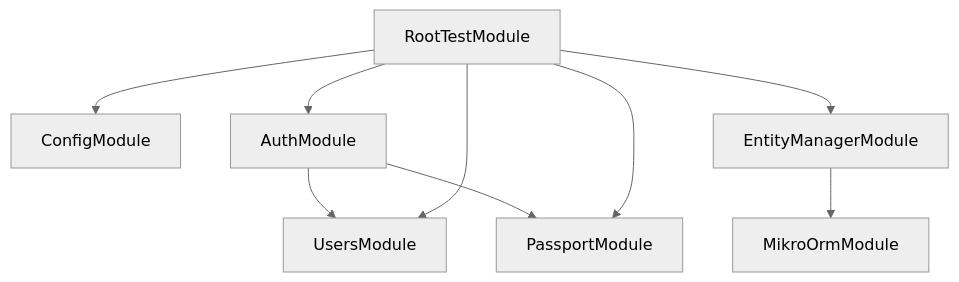
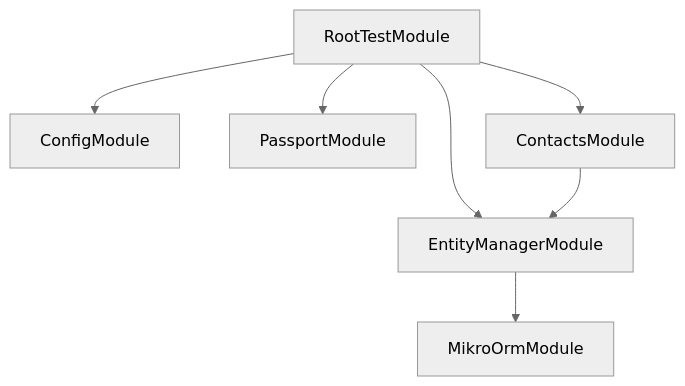
One commit to gpo/grassroots changed the diagram in docs/DependencyGraphForTest.md. Above: the diagram before and after it, drawn with Mermaid (neutral theme). The commit also changed 6 other files, not shown here.

````diff
--- a/docs/DependencyGraphForTest.md
+++ b/docs/DependencyGraphForTest.md
@@ -2,11 +2,9 @@
   ```mermaid
   graph TD
     RootTestModule-->ConfigModule
-  RootTestModule-->AuthModule
-  AuthModule-->UsersModule
-  AuthModule-->PassportModule
-  RootTestModule-->UsersModule
   RootTestModule-->PassportModule
   RootTestModule-->EntityManagerModule
   EntityManagerModule-->MikroOrmModule
+  RootTestModule-->ContactsModule
+  ContactsModule-->EntityManagerModule
   ```
````
